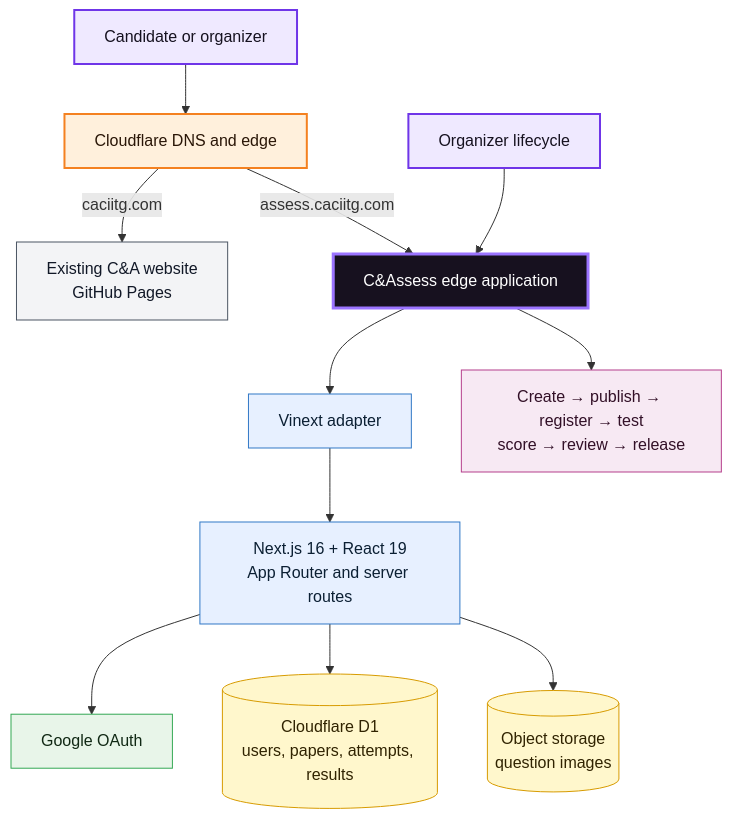
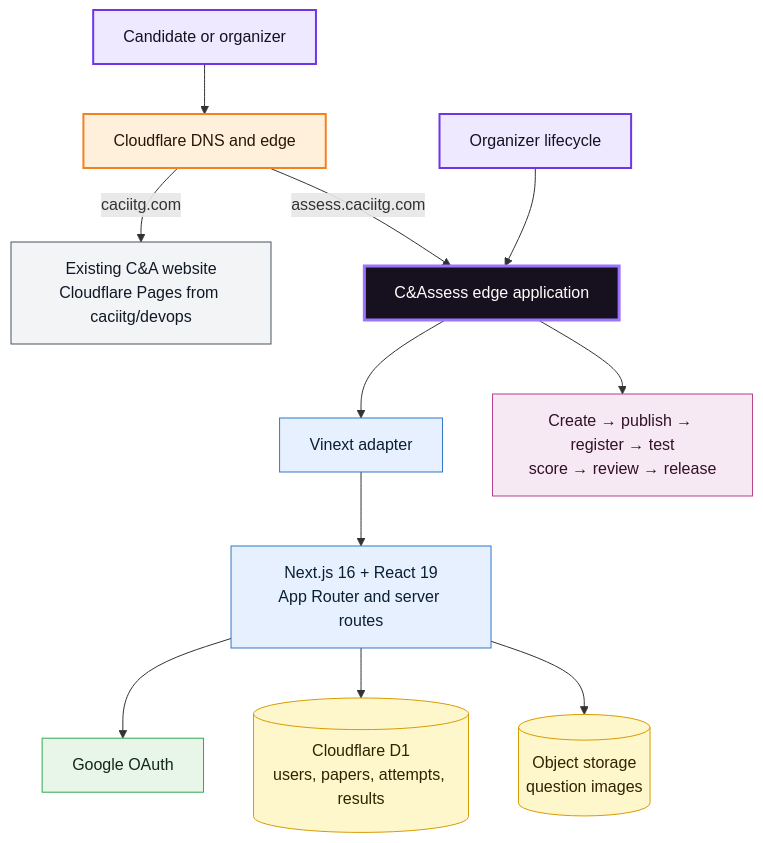
One commit to Hermes-25/c-and-assess changed the diagram in README.md. Above: the diagram before and after it, drawn with Mermaid. The commit also changed other lines of this file and 19 other files, not shown here.

````diff
--- a/README.md
+++ b/README.md
@@ -60,24 +60,24 @@
 ```mermaid
 flowchart TB
     U[Candidate or organizer]:::person --> CF[Cloudflare DNS and edge]:::edge
-    CF -->|caciitg.com| GH[Existing C&A website<br/>GitHub Pages]:::site
+    CF -->|caciitg.com| GH[Existing C&A website<br/>Cloudflare Pages from caciitg/devops]:::site
     CF -->|assess.caciitg.com| APP[C&Assess edge application]:::app
 
     APP --> VX[Vinext adapter]:::framework
     VX --> NX[Next.js 16 + React 19<br/>App Router and server routes]:::framework
     NX --> AUTH[Google OAuth]:::external
     NX --> D1[(Cloudflare D1<br/>users, papers, attempts, results)]:::data
     NX --> OBJ[(Object storage<br/>question images)]:::data
 
     ORG[Organizer lifecycle]:::person --> APP
     APP --> PIPE[Create → publish → register → test<br/>score → review → release]:::process
 
     classDef person fill:#efe9ff,stroke:#6f35e8,color:#15111f,stroke-width:2px;
     classDef edge fill:#fff0dc,stroke:#f48120,color:#2a1607,stroke-width:2px;
     classDef site fill:#f3f4f6,stroke:#4b5563,color:#111827;
     classDef app fill:#17111f,stroke:#9b74ff,color:#ffffff,stroke-width:3px;
     classDef framework fill:#e7f0ff,stroke:#3178c6,color:#0b1f33;
     classDef external fill:#e8f5e9,stroke:#34a853,color:#102814;
     classDef data fill:#fff7cc,stroke:#d79b00,color:#302300;
     classDef process fill:#f7e9f3,stroke:#b53f8c,color:#321027;
 ```
````
